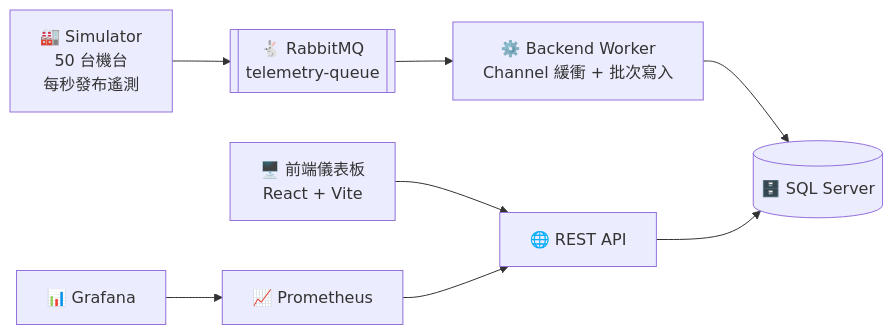
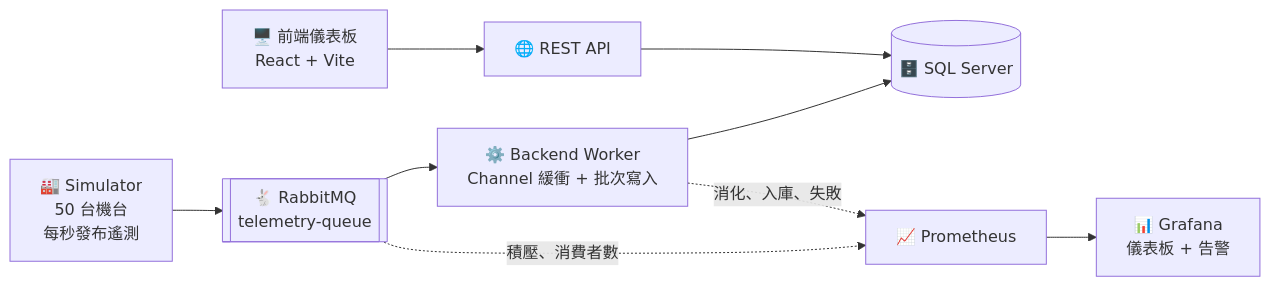
One commit to Jeffrey-Pai/Factory-IoT-Ingestion-System changed the diagram in README.md. Above: the diagram before and after it, drawn with Mermaid. The commit also changed other lines of this file and 17 other files, not shown here.

````diff
--- a/README.md
+++ b/README.md
@@ -16,10 +17,11 @@
 ```mermaid
 flowchart LR
     SIM["🏭 Simulator<br/>50 台機台<br/>每秒發布遙測"] --> MQ[["🐇 RabbitMQ<br/>telemetry-queue"]]
     MQ --> W["⚙️ Backend Worker<br/>Channel 緩衝 + 批次寫入"]
     W --> DB[("🗄️ SQL Server")]
     API["🌐 REST API"] --> DB
     DASH["🖥️ 前端儀表板<br/>React + Vite"] --> API
-    PROM["📈 Prometheus"] --> API
-    GRAF["📊 Grafana"] --> PROM
+    MQ -.積壓、消費者數.-> PROM["📈 Prometheus"]
+    W -.消化、入庫、失敗.-> PROM
+    PROM --> GRAF["📊 Grafana<br/>儀表板 + 告警"]
 ```
````
